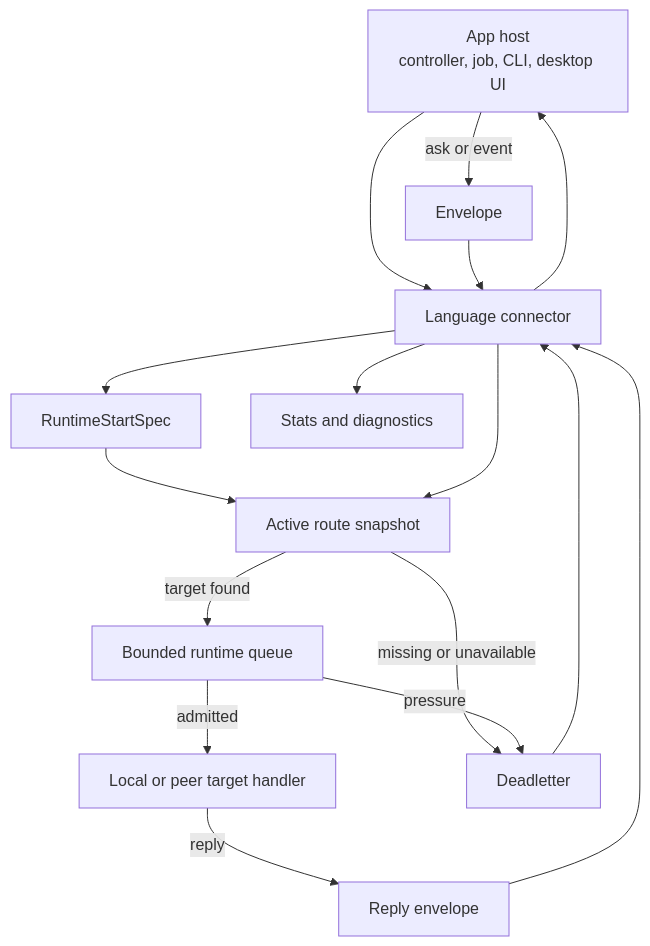
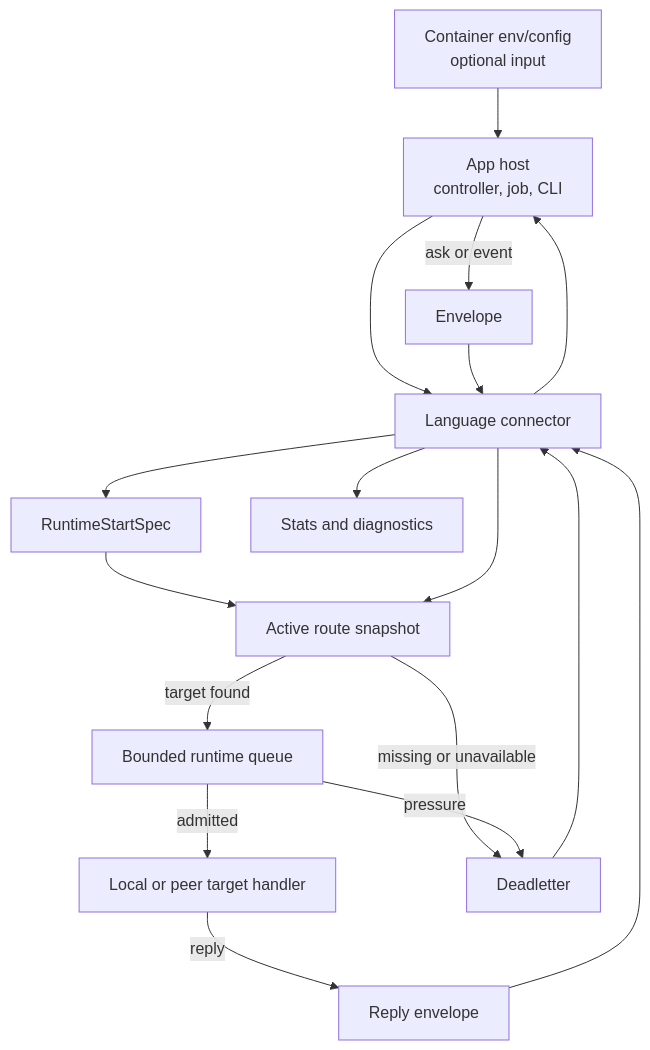
The first of 5 diagrams in docs/runtime-message-and-routing-model.md (phuong-tran/coakka-samples), drawn with Mermaid before and after one commit.

Commit message:
docs: add container env to runtime shape

````diff
--- a/docs/runtime-message-and-routing-model.md
+++ b/docs/runtime-message-and-routing-model.md
@@ -30,29 +30,31 @@
 ```mermaid
 flowchart TD
-    app[App host<br/>controller, job, CLI, desktop UI]
+    env[Container env/config<br/>optional input]
+    app[App host<br/>controller, job, CLI]
     connector[Language connector]
     spec[RuntimeStartSpec]
     routes[Active route snapshot]
     envelope[Envelope]
     queue[Bounded runtime queue]
     handler[Local or peer target handler]
     reply[Reply envelope]
     deadletter[Deadletter]
     stats[Stats and diagnostics]
 
+    env --> app
     app --> connector
     connector --> spec
     spec --> routes
     app -->|ask or event| envelope
     envelope --> connector
     connector --> routes
     routes -->|target found| queue
     routes -->|missing or unavailable| deadletter
     queue -->|admitted| handler
     queue -->|pressure| deadletter
     handler -->|reply| reply
     reply --> connector
     deadletter --> connector
     connector --> app
     connector --> stats
 ```
````
